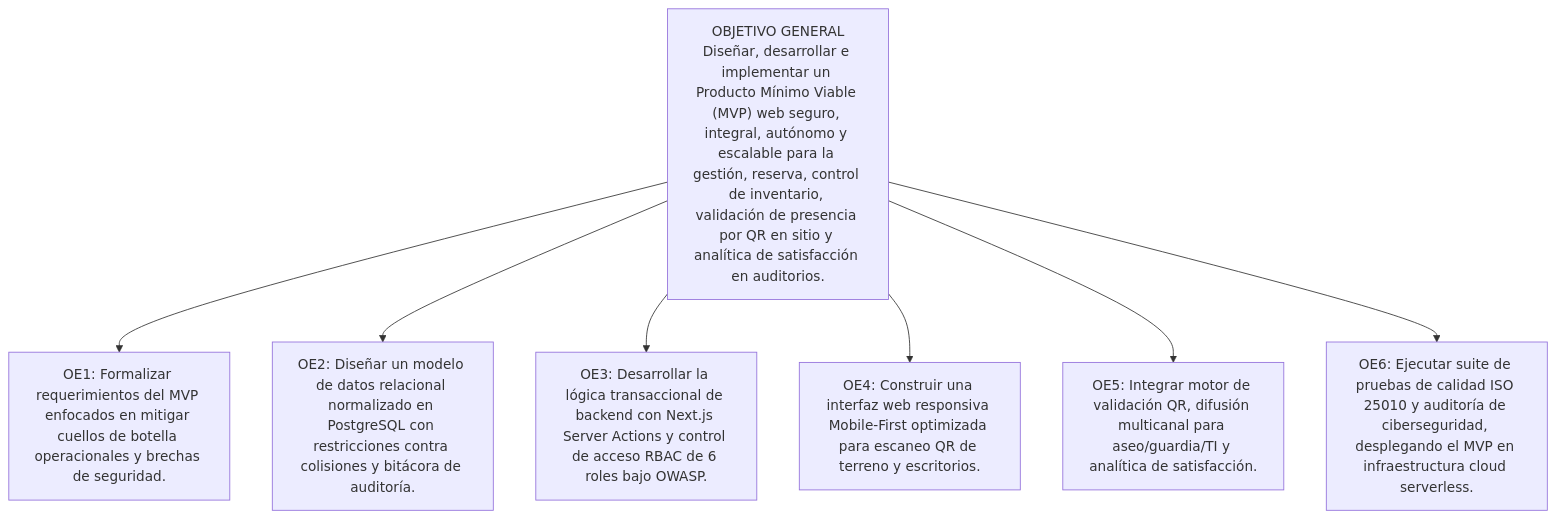
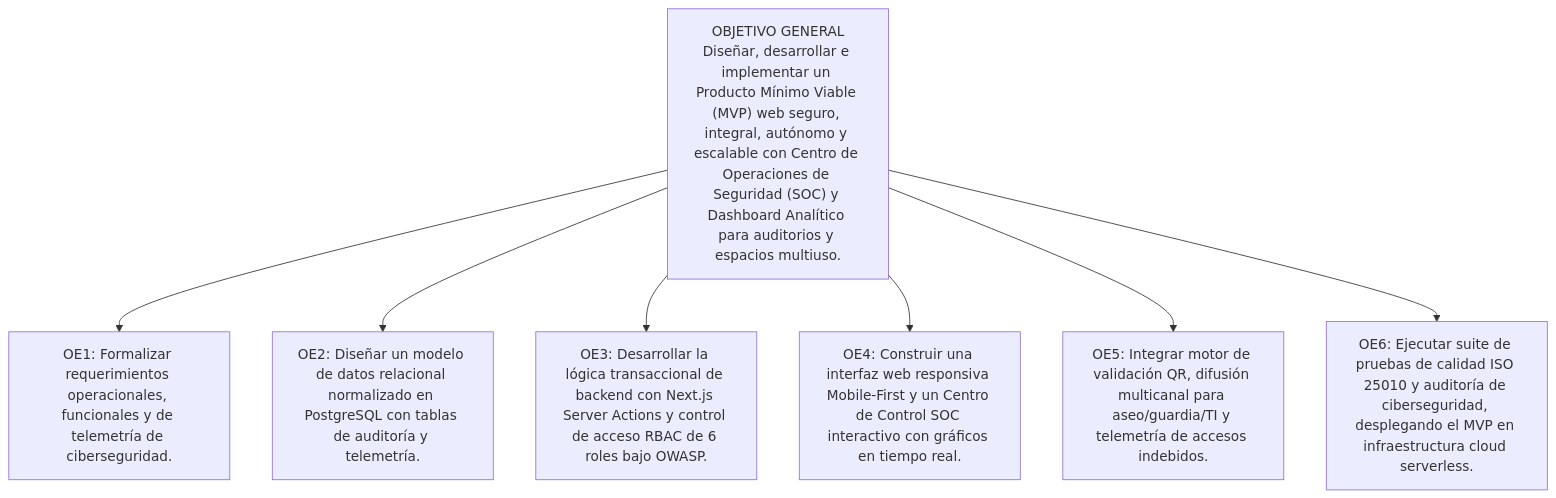
Before and after one commit to IMANDOI/sistema-gestion-auditorios-capstone: the fourth of 12 diagrams in informe_fase_1_definicion_proyecto.md, drawn with Mermaid. The commit also changed other lines of this file, not shown here.

Commit message:
feat(fase1): integrar Centro de Operaciones SOC y telemetria de ciberseguridad (informe_fase_1_definicion_proyecto.md)

````diff
--- a/informe_fase_1_definicion_proyecto.md
+++ b/informe_fase_1_definicion_proyecto.md
@@ -195,11 +184,11 @@
 ```mermaid
 graph TD
-    OG["OBJETIVO GENERAL<br>Diseñar, desarrollar e implementar un Producto Mínimo Viable (MVP) web seguro, integral, autónomo y escalable para la gestión, reserva, control de inventario, validación de presencia por QR en sitio y analítica de satisfacción en auditorios."]
+    OG["OBJETIVO GENERAL<br>Diseñar, desarrollar e implementar un Producto Mínimo Viable (MVP) web seguro, integral, autónomo y escalable con Centro de Operaciones de Seguridad (SOC) y Dashboard Analítico para auditorios y espacios multiuso."]
     
-    OG --> OE1["OE1: Formalizar requerimientos del MVP enfocados en mitigar cuellos de botella operacionales y brechas de seguridad."]
-    OG --> OE2["OE2: Diseñar un modelo de datos relacional normalizado en PostgreSQL con restricciones contra colisiones y bitácora de auditoría."]
+    OG --> OE1["OE1: Formalizar requerimientos operacionales, funcionales y de telemetría de ciberseguridad."]
+    OG --> OE2["OE2: Diseñar un modelo de datos relacional normalizado en PostgreSQL con tablas de auditoría y telemetría."]
     OG --> OE3["OE3: Desarrollar la lógica transaccional de backend con Next.js Server Actions y control de acceso RBAC de 6 roles bajo OWASP."]
-    OG --> OE4["OE4: Construir una interfaz web responsiva Mobile-First optimizada para escaneo QR de terreno y escritorios."]
-    OG --> OE5["OE5: Integrar motor de validación QR, difusión multicanal para aseo/guardia/TI y analítica de satisfacción."]
+    OG --> OE4["OE4: Construir una interfaz web responsiva Mobile-First y un Centro de Control SOC interactivo con gráficos en tiempo real."]
+    OG --> OE5["OE5: Integrar motor de validación QR, difusión multicanal para aseo/guardia/TI y telemetría de accesos indebidos."]
     OG --> OE6["OE6: Ejecutar suite de pruebas de calidad ISO 25010 y auditoría de ciberseguridad, desplegando el MVP en infraestructura cloud serverless."]
 ```
````
